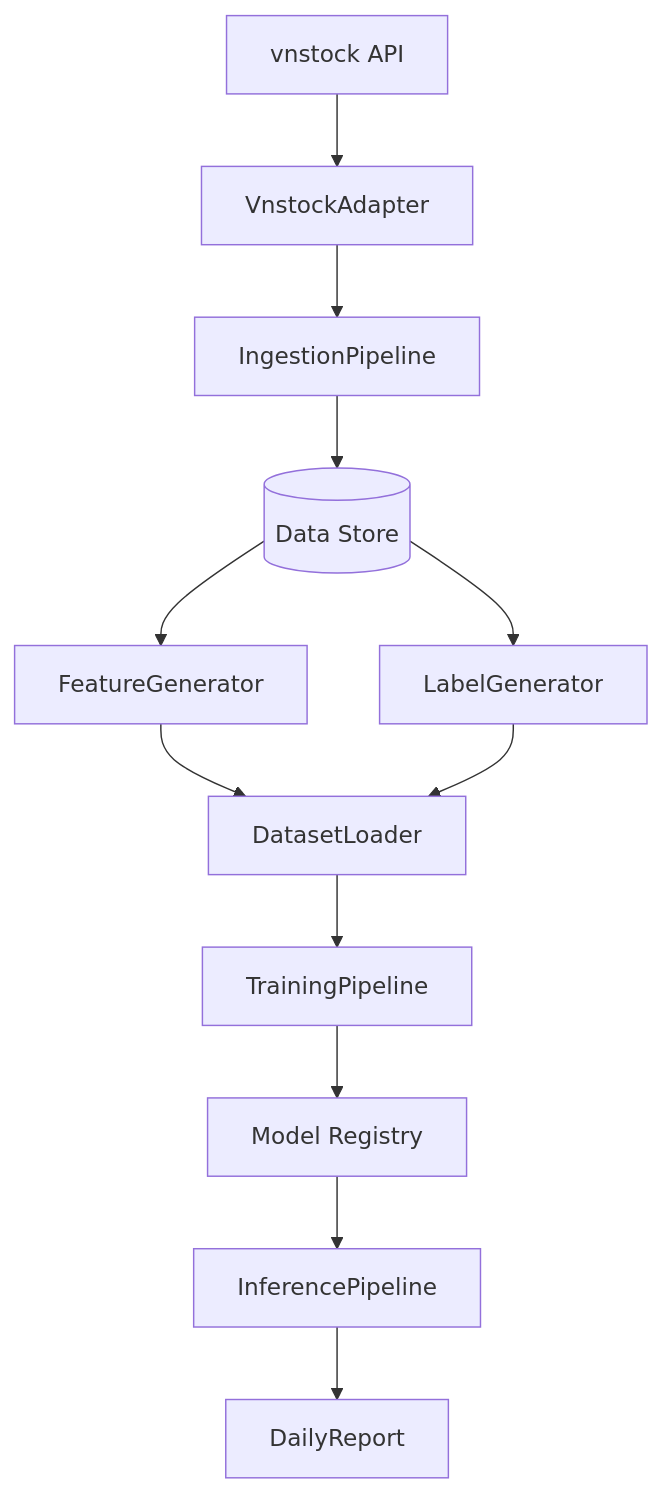
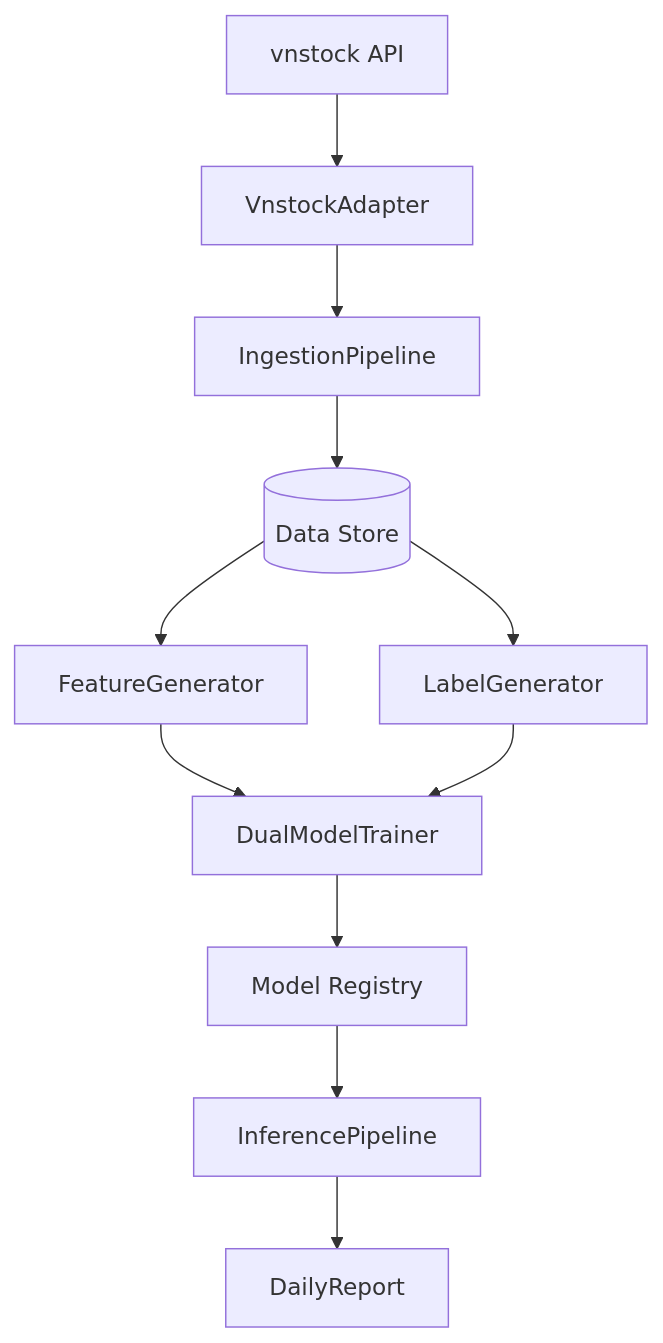
The diagram in docs/walkthrough-skeleton.md (nicholas-atptit/VSEF-PTIT-NEU), drawn with Mermaid before and after one commit. The commit also changed other lines of this file and 3323 other files, not shown here.

````diff
--- a/docs/walkthrough-skeleton.md
+++ b/docs/walkthrough-skeleton.md
@@ -27,14 +27,13 @@
 ```mermaid
 graph TD
     api[vnstock API] --> adapter[VnstockAdapter]
     adapter --> ingestion[IngestionPipeline]
     ingestion --> store[(Data Store)]
     store --> gen[FeatureGenerator]
     store --> labels[LabelGenerator]
-    gen --> loader[DatasetLoader]
-    labels --> loader
-    loader --> training[TrainingPipeline]
-    training --> model[Model Registry]
+    gen --> trainer[DualModelTrainer]
+    labels --> trainer
+    trainer --> model[Model Registry]
     model --> inference[InferencePipeline]
     inference --> report[DailyReport]
 ```
````
